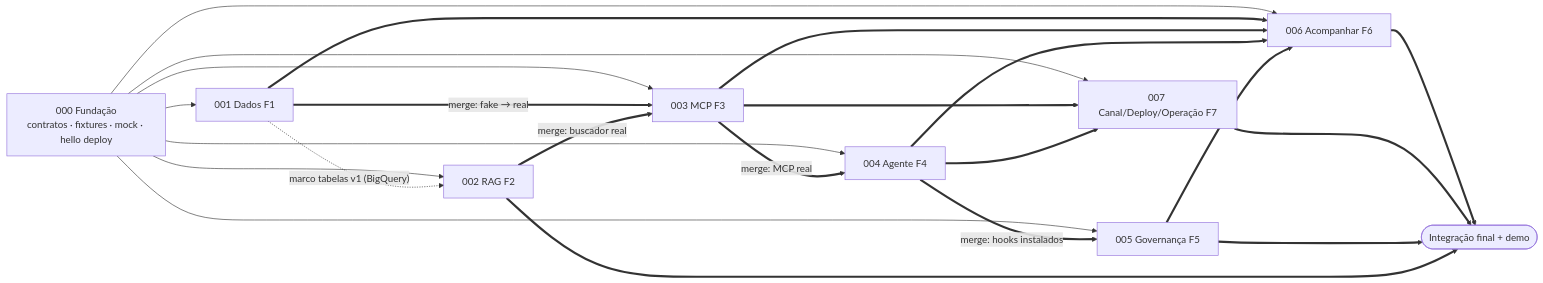
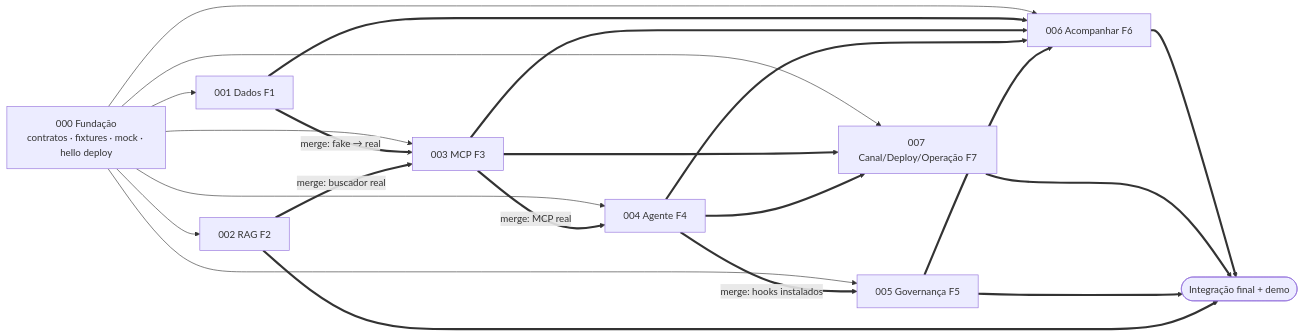
One commit to eusouakell/bussola changed the diagram in docs/ciclos/README.md. Above: the diagram before and after it, drawn with Mermaid. The commit also changed other lines of this file and 44 other files, not shown here.

````diff
--- a/docs/ciclos/README.md
+++ b/docs/ciclos/README.md
@@ -35,22 +35,21 @@
 ```mermaid
 flowchart LR
     C000["000 Fundação<br/>contratos · fixtures · mock · hello deploy"]
     C001["001 Dados F1"]
     C003["003 MCP F3"]
     C004["004 Agente F4"]
     C007["007 Canal/Deploy/Operação F7"]
     C002["002 RAG F2"]
     C005["005 Governança F5"]
     C006["006 Acompanhar F6"]
     INT(["Integração final + demo"])
 
     C000 --> C001 & C003 & C004 & C007 & C002 & C005 & C006
-    C001 -. "marco tabelas v1 (BigQuery)" .-> C002
     C001 == "merge: fake → real" ==> C003
     C002 == "merge: buscador real" ==> C003
     C003 == "merge: MCP real" ==> C004
     C004 == "merge: hooks instalados" ==> C005
     C001 & C003 & C004 & C005 ==> C006
     C003 & C004 ==> C007
     C006 & C007 & C005 & C002 ==> INT
 ```
````
